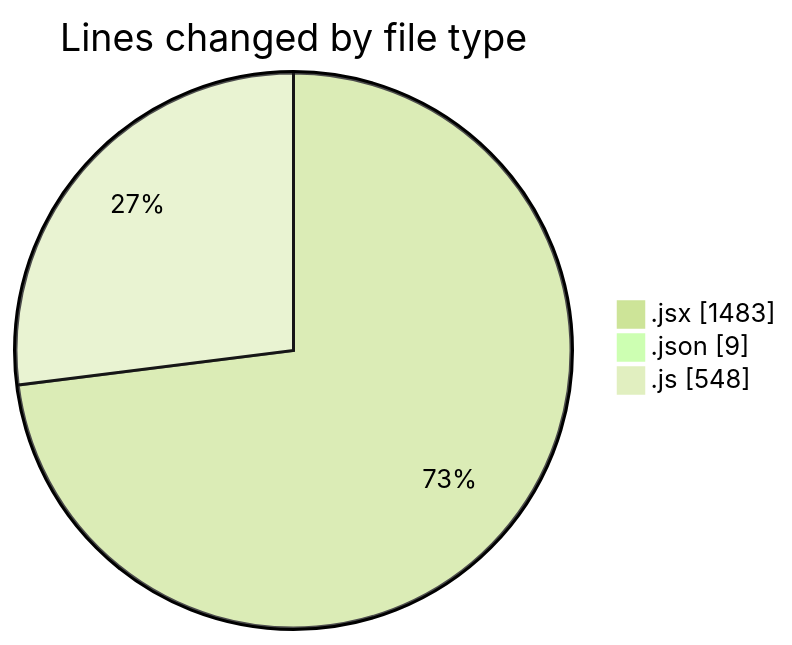
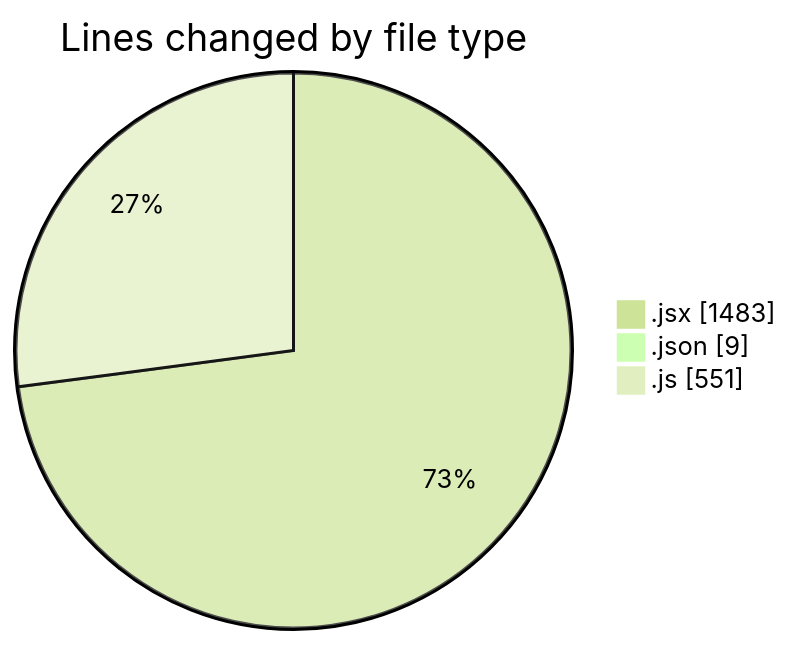
Before and after one commit to nxtqubesakshisongat/code-tracking: the first of 2 diagrams in 2025-07-31/nxtqube_webapp/README.md, drawn with Mermaid (forest theme). The commit also changed other lines of this file and 1 other file, not shown here.

````diff
--- a/2025-07-31/nxtqube_webapp/README.md
+++ b/2025-07-31/nxtqube_webapp/README.md
@@ -29,7 +29,7 @@
 ```mermaid
 pie showData
 title Lines changed by file type
 ".jsx" : 1483
 ".json" : 9
-".js" : 548
+".js" : 551
 ```
````
